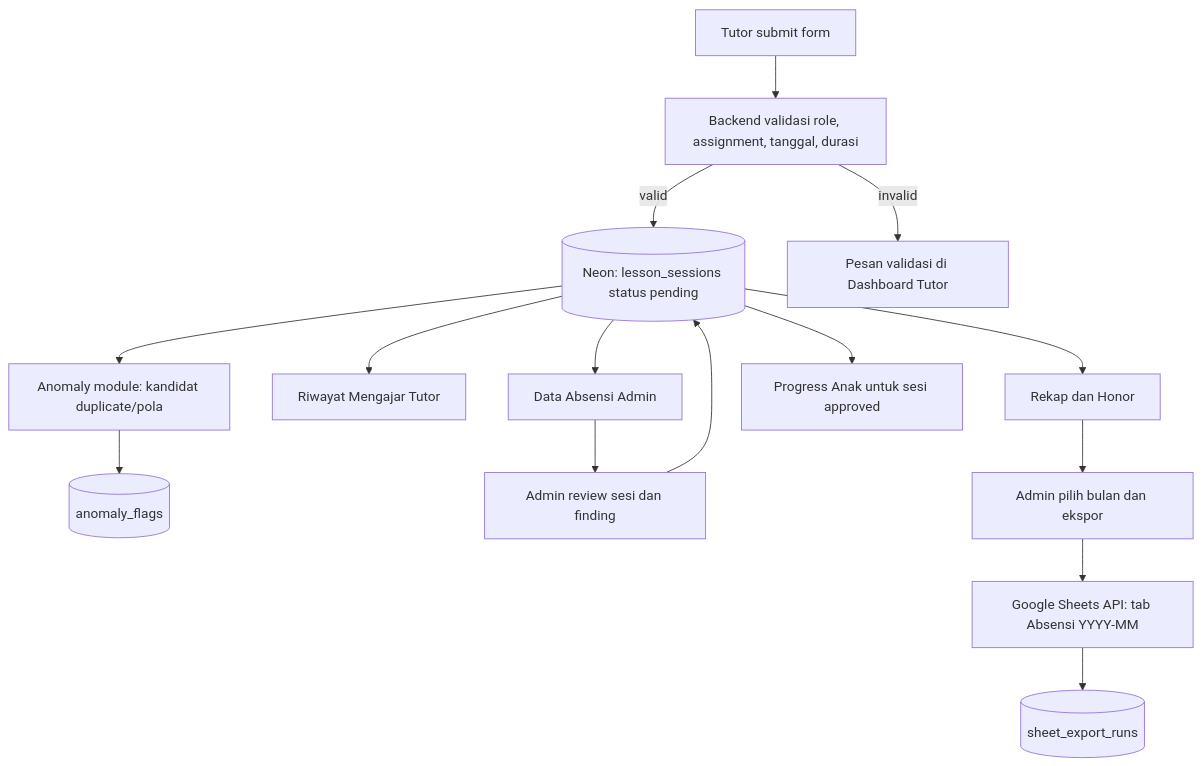
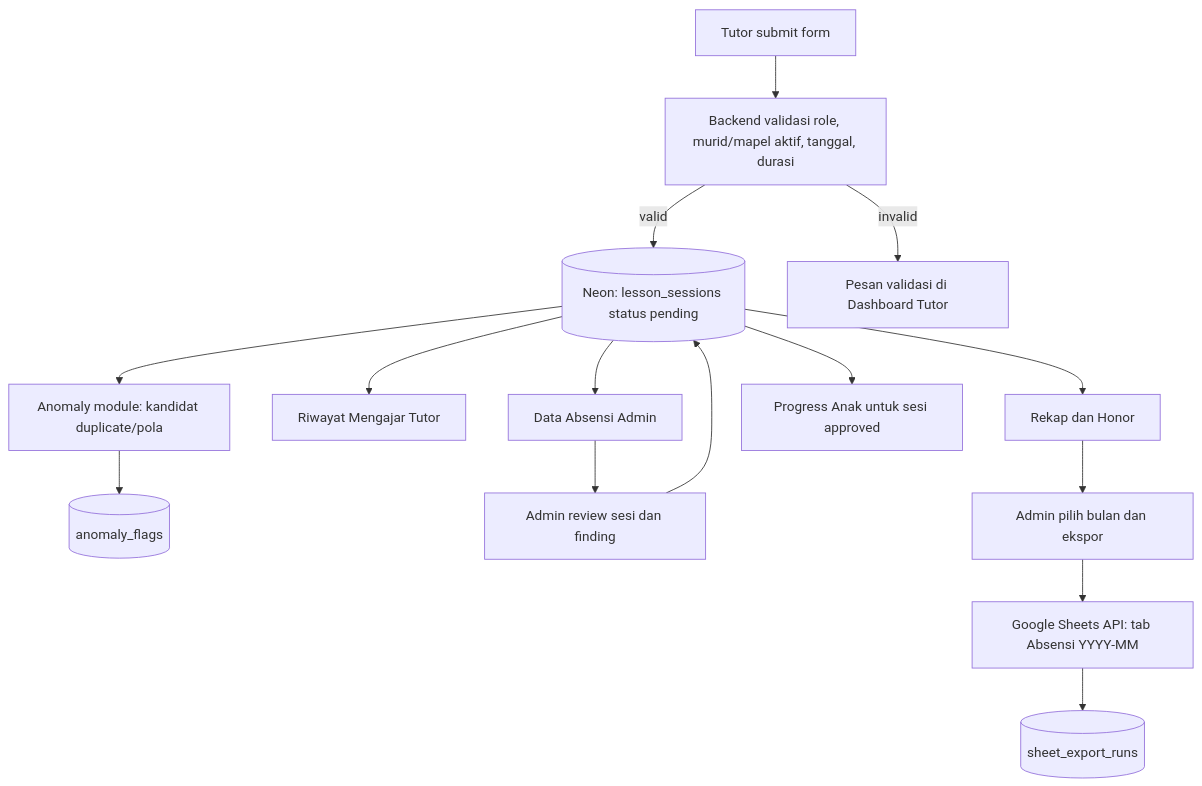
Before and after one commit to KEBAB-SHIIII/mumtaz-bimbel-dashboard: the second of 2 diagrams in docs/12-USER-FLOWS.md, drawn with Mermaid. The commit also changed other lines of this file and 157 other files, not shown here.

````diff
--- a/docs/12-USER-FLOWS.md
+++ b/docs/12-USER-FLOWS.md
@@ -29,17 +29,17 @@
 ```mermaid
 flowchart TD
-  T[Tutor submit form] --> V[Backend validasi role, assignment, tanggal, durasi]
+  T[Tutor submit form] --> V[Backend validasi role, murid/mapel aktif, tanggal, durasi]
   V -->|valid| DB[(Neon: lesson_sessions status pending)]
   V -->|invalid| ERR[Pesan validasi di Dashboard Tutor]
   DB --> AN[Anomaly module: kandidat duplicate/pola]
   AN --> FLAGS[(anomaly_flags)]
   DB --> TA[Riwayat Mengajar Tutor]
   DB --> AD[Data Absensi Admin]
   DB --> REK[Rekap dan Honor]
   DB --> PAR[Progress Anak untuk sesi approved]
   AD --> DEC[Admin review sesi dan finding]
   DEC --> DB
   REK --> EXP[Admin pilih bulan dan ekspor]
   EXP --> GS[Google Sheets API: tab Absensi YYYY-MM]
   GS --> LOG[(sheet_export_runs)]
 ```
````
